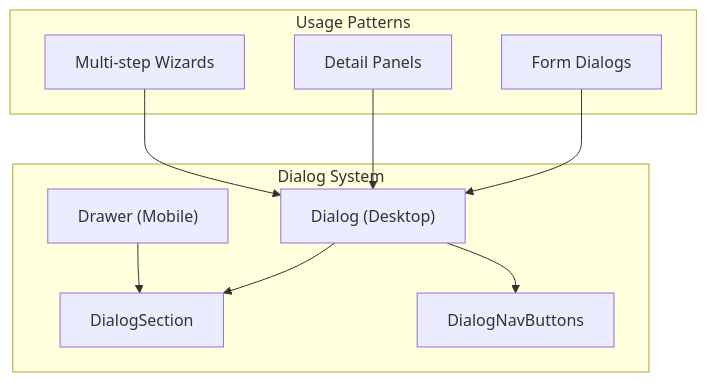
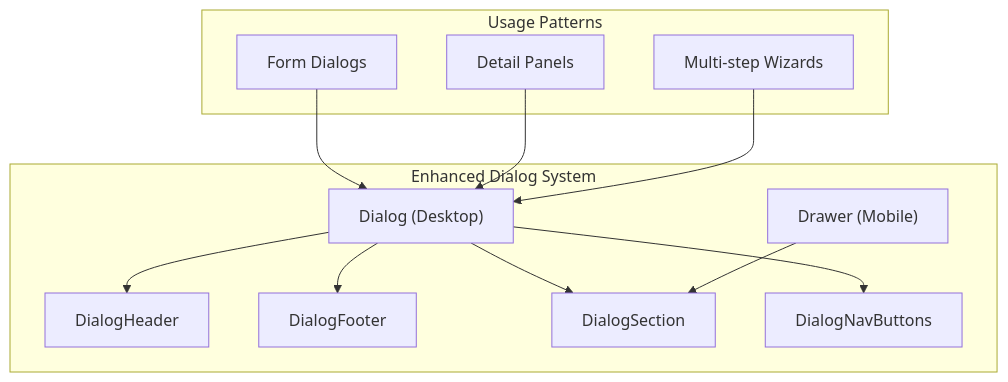
Before and after one commit to SinesysTech/zattar-os: the seventh of 9 diagrams in .qoder/repowiki/en/content/Architecture Overview/Frontend Architecture (Next.js App Router).md, drawn with Mermaid. The commit also changed other lines of this file and 11 other files, not shown here.

First line of the commit message:
refactor(dialogs): update dialog components to use DialogHeader and DialogFooter

````diff
--- a/.qoder/repowiki/en/content/Architecture Overview/Frontend Architecture (Next.js App Router).md
+++ b/.qoder/repowiki/en/content/Architecture Overview/Frontend Architecture (Next.js App Router).md
@@ -384,20 +393,24 @@
 ```mermaid
 graph TB
-subgraph "Dialog System"
+subgraph "Enhanced Dialog System"
 Dialog["Dialog (Desktop)"]
 Drawer["Drawer (Mobile)"]
+DialogHeader["DialogHeader"]
+DialogFooter["DialogFooter"]
 DialogSection["DialogSection"]
 DialogNavButtons["DialogNavButtons"]
 end
 subgraph "Usage Patterns"
 FormDialog["Form Dialogs"]
 DetailDialog["Detail Panels"]
 WizardDialog["Multi-step Wizards"]
 end
+Dialog --> DialogHeader
 Dialog --> DialogSection
+Dialog --> DialogFooter
 Dialog --> DialogNavButtons
 Drawer --> DialogSection
 FormDialog --> Dialog
 DetailDialog --> Dialog
 WizardDialog --> Dialog
 ```
````
